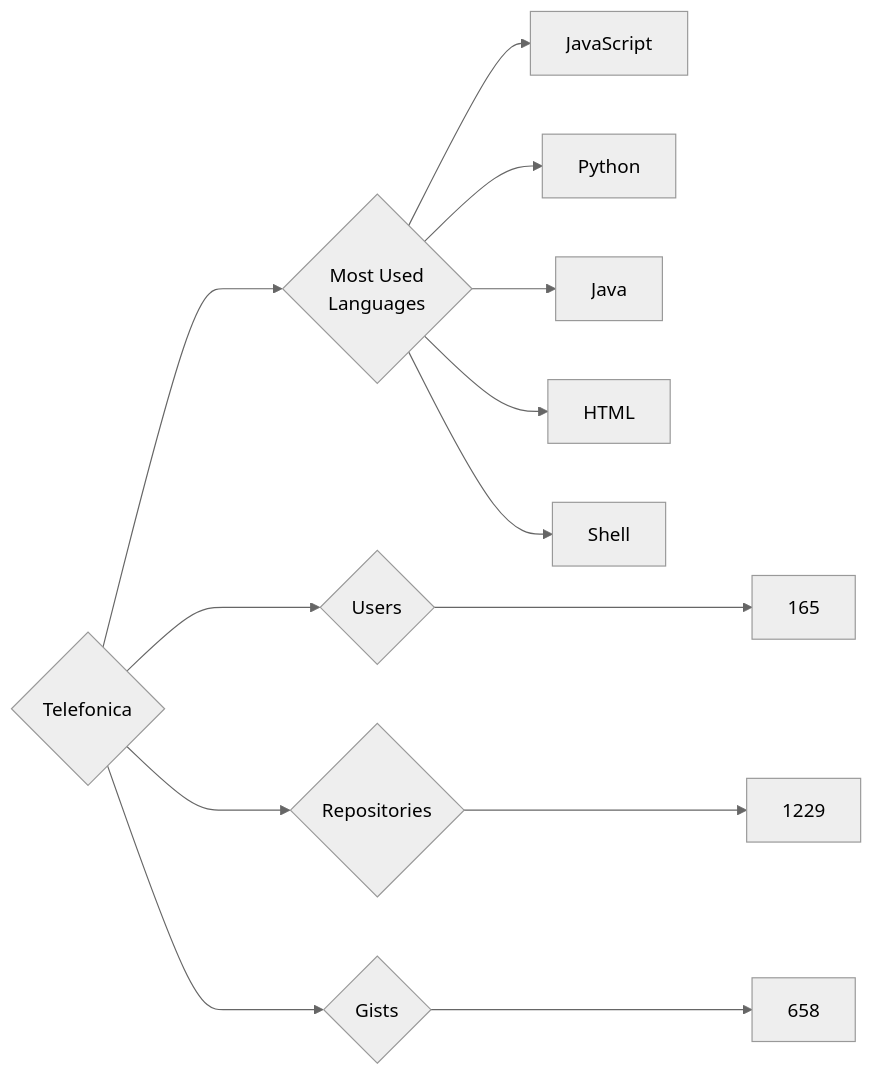
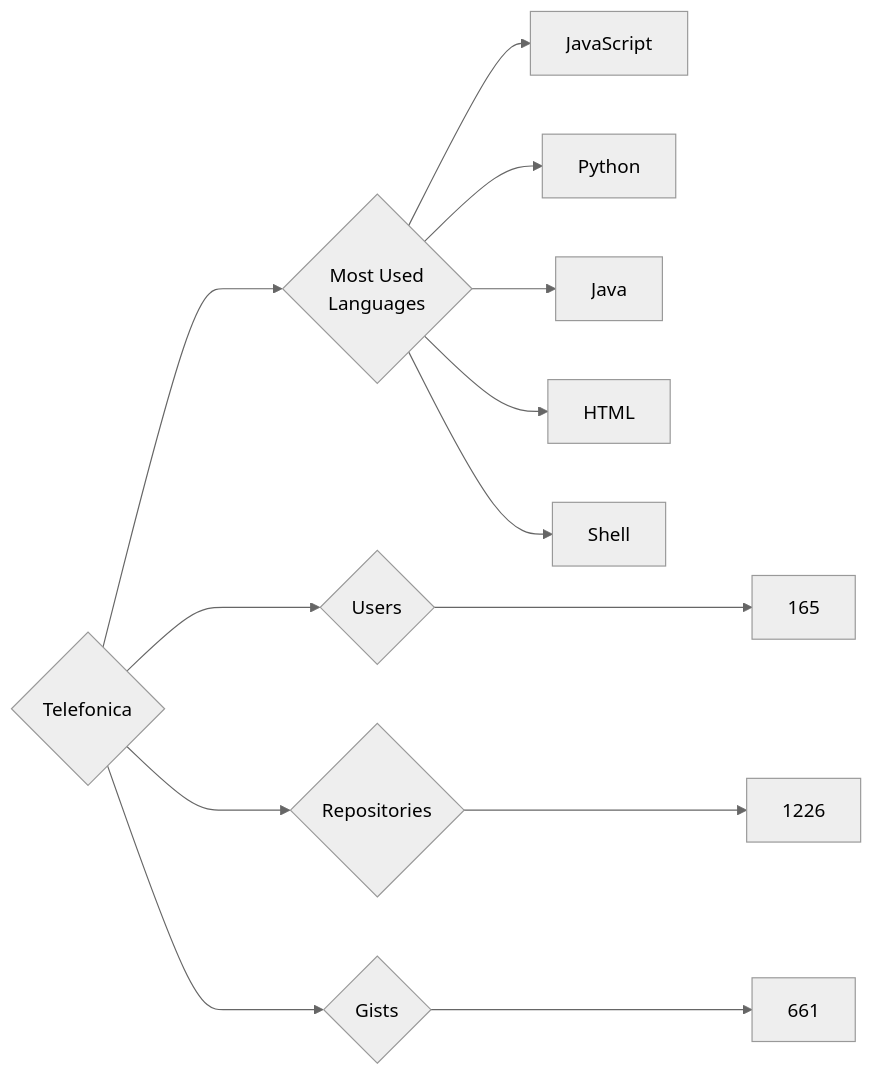
Before and after one commit to trickest/insiders: the diagram in targets/Telefonica/README.md, drawn with Mermaid (neutral theme). The commit also changed 815 other files, not shown here.

````diff
--- a/targets/Telefonica/README.md
+++ b/targets/Telefonica/README.md
@@ -3,13 +3,13 @@
 ```mermaid
 graph LR
 COMPANY_NAME{Telefonica}
 COMPANY_NAME ---> U{Users} ---> UN[165]
-COMPANY_NAME ---> R{Repositories} ---> RN[1229]
-COMPANY_NAME ---> G{Gists} ---> GN[658]
+COMPANY_NAME ---> R{Repositories} ---> RN[1226]
+COMPANY_NAME ---> G{Gists} ---> GN[661]
 COMPANY_NAME ---> ML{Most Used<br>Languages}
 ML --> JavaScript[JavaScript]
 ML --> Python[Python]
 ML --> Java[Java]
 ML --> HTML[HTML]
 ML --> Shell[Shell]
 ```
````
